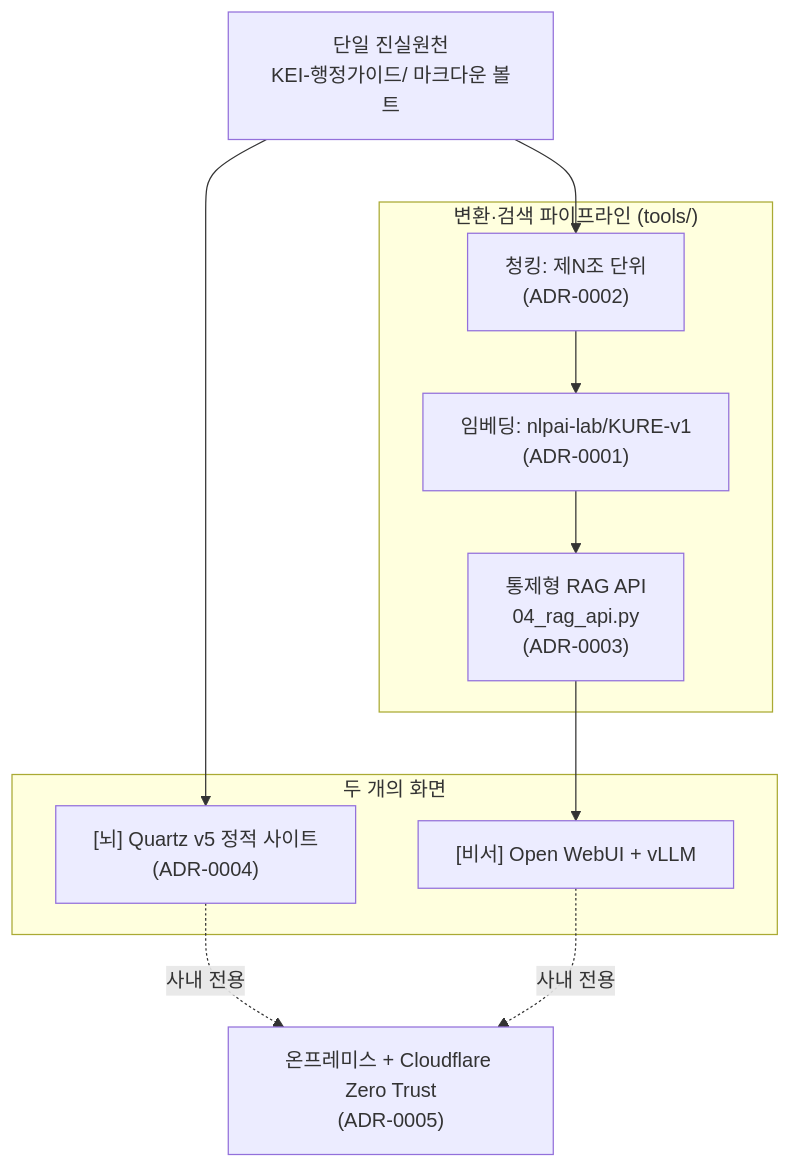
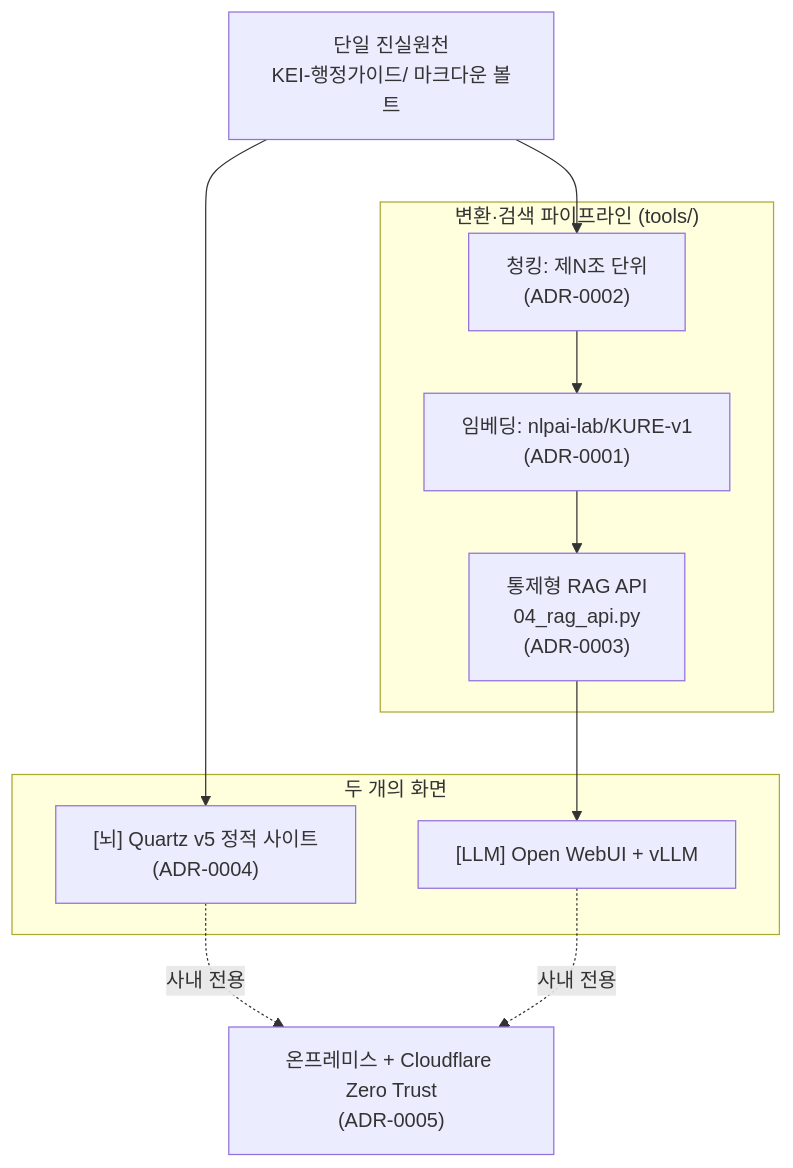
Before and after one commit to mooner92/KEIAdminSuperv: the diagram in docs/adr/README.md, drawn with Mermaid. The commit also changed other lines of this file and 50 other files, not shown here.

````diff
--- a/docs/adr/README.md
+++ b/docs/adr/README.md
@@ -44,22 +44,22 @@
 ```mermaid
 flowchart TB
     Vault["단일 진실원천<br/>KEI-행정가이드/ 마크다운 볼트"]
 
     subgraph Pipeline["변환·검색 파이프라인 (tools/)"]
         Chunk["청킹: 제N조 단위<br/>(ADR-0002)"]
         Embed["임베딩: nlpai-lab/KURE-v1<br/>(ADR-0001)"]
         API["통제형 RAG API<br/>04_rag_api.py<br/>(ADR-0003)"]
     end
 
     subgraph Screens["두 개의 화면"]
         Brain["[뇌] Quartz v5 정적 사이트<br/>(ADR-0004)"]
-        Asst["[비서] Open WebUI + vLLM"]
+        Asst["[LLM] Open WebUI + vLLM"]
     end
 
     Net["온프레미스 + Cloudflare Zero Trust<br/>(ADR-0005)"]
 
     Vault --> Chunk --> Embed --> API --> Asst
     Vault --> Brain
     Brain -. 사내 전용 .-> Net
     Asst -. 사내 전용 .-> Net
 ```
````
